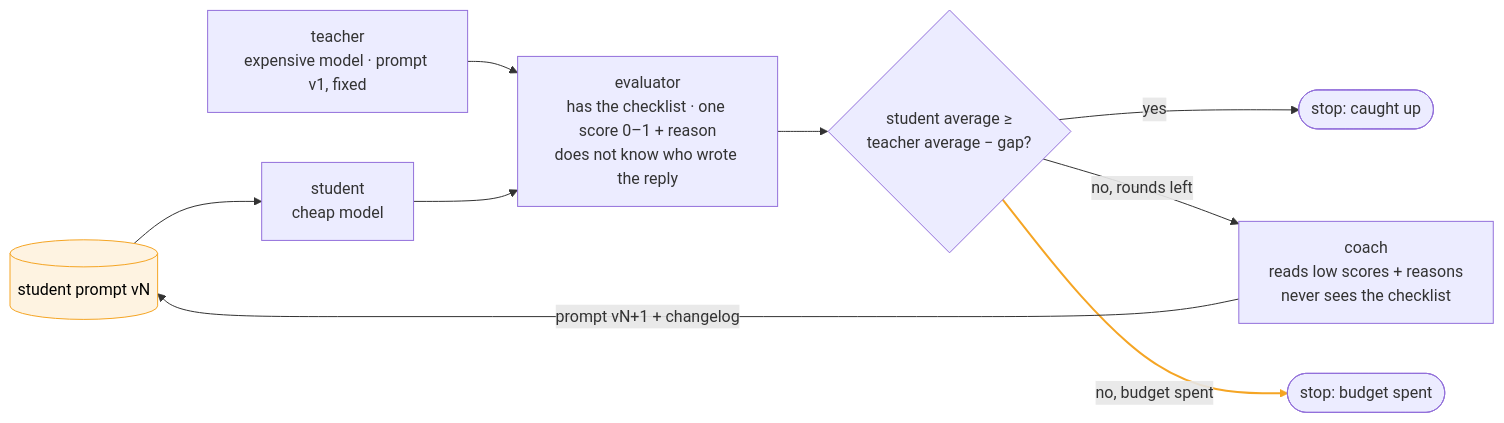
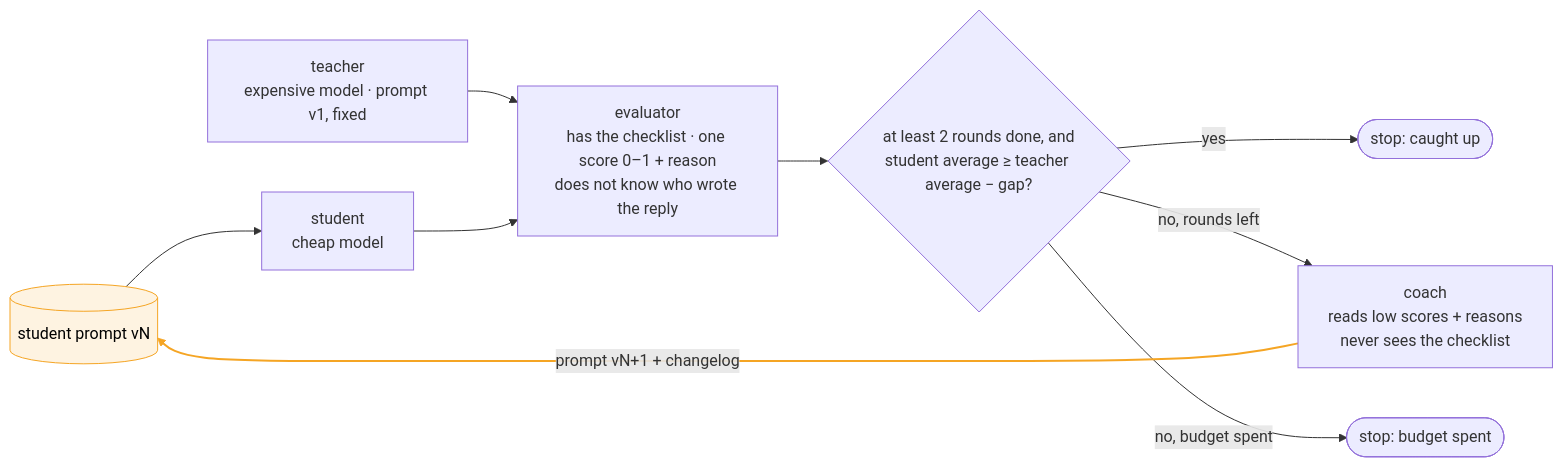
One commit to komodorio/hello-world-continual-learning changed the diagram in README.md. Above: the diagram before and after it, drawn with Mermaid. The commit also changed other lines of this file and 2 other files, not shown here.

Commit message:
README: corrected run chronology from the run file, stop rule in the diagram, plainer wording; UI subtitle; hero screenshot recaptured

````diff
--- a/README.md
+++ b/README.md
@@ -37,14 +33,14 @@
 ```mermaid
 flowchart LR
     classDef student fill:#f5a52422,stroke:#f5a524,color:#000
     P[("student prompt vN")]:::student
     P --> S[student<br/>cheap model]
     T[teacher<br/>expensive model · prompt v1, fixed] --> J
     S --> J[evaluator<br/>has the checklist · one score 0–1 + reason<br/>does not know who wrote the reply]
-    J --> D{student average ≥<br/>teacher average − gap?}
+    J --> D{at least 2 rounds done, and<br/>student average ≥ teacher average − gap?}
     D -- yes --> X([stop: caught up])
     D -- no, rounds left --> C[coach<br/>reads low scores + reasons<br/>never sees the checklist]
     D -- no, budget spent --> Y([stop: budget spent])
     C -- "prompt vN+1 + changelog" --> P
-    linkStyle 6 stroke:#f5a524,stroke-width:2px
+    linkStyle 7 stroke:#f5a524,stroke-width:2px
 ```
````
